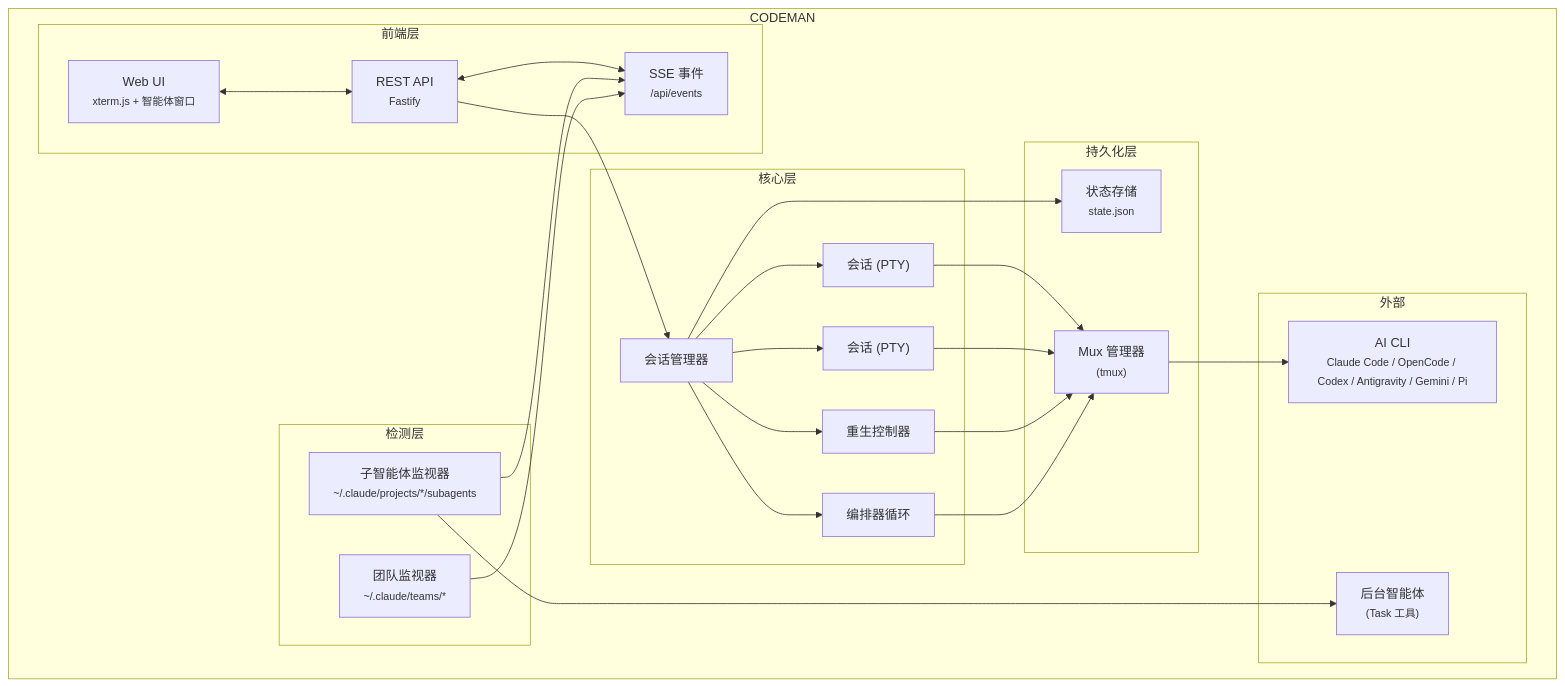
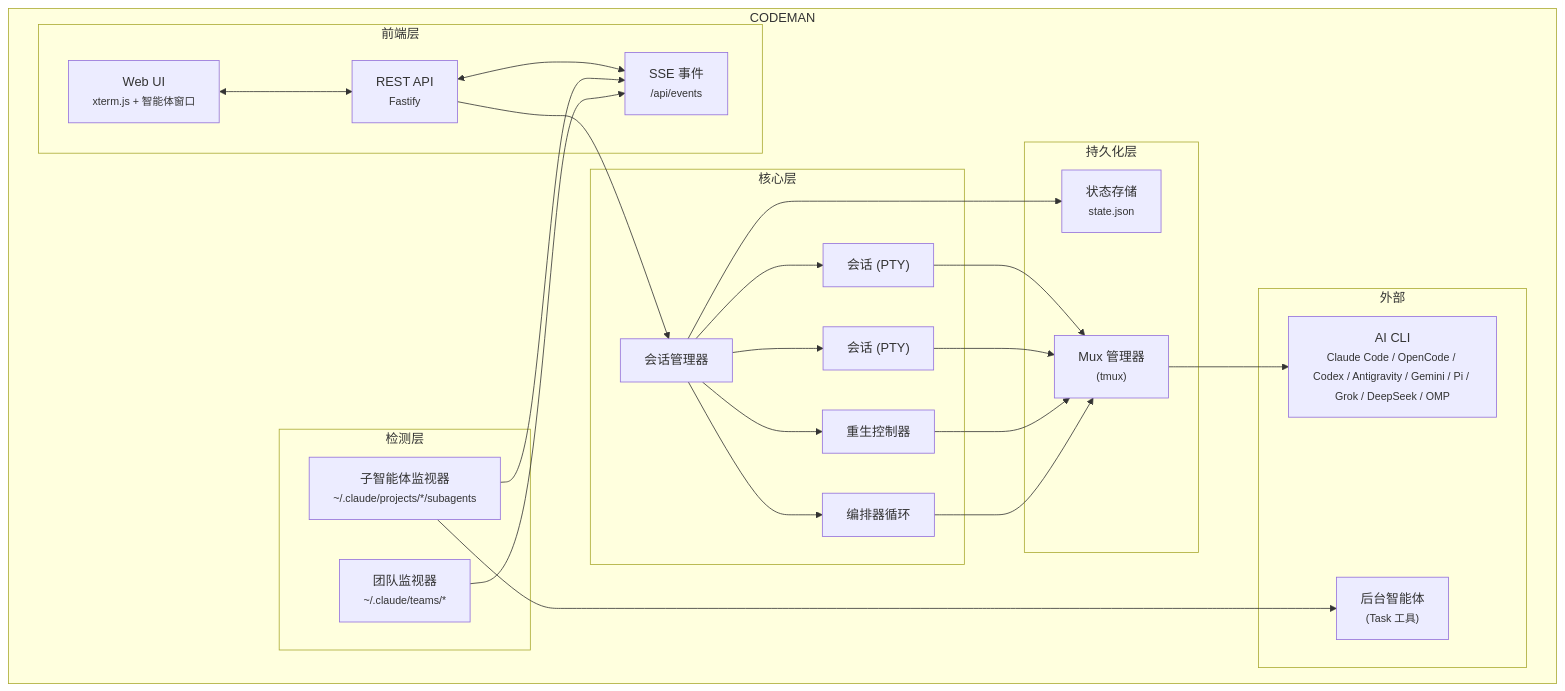
One commit to AITechTim/Codeman changed the diagram in README.zh-CN.md. Above: the diagram before and after it, drawn with Mermaid. The commit also changed other lines of this file and 1 other file, not shown here.

````diff
--- a/README.zh-CN.md
+++ b/README.zh-CN.md
@@ -868,50 +1013,50 @@
 ```mermaid
 flowchart TB
     subgraph Codeman["CODEMAN"]
         subgraph Frontend["前端层"]
             UI["Web UI<br/><small>xterm.js + 智能体窗口</small>"]
             API["REST API<br/><small>Fastify</small>"]
             SSE["SSE 事件<br/><small>/api/events</small>"]
         end
 
         subgraph Core["核心层"]
             SM["会话管理器"]
             S1["会话 (PTY)"]
             S2["会话 (PTY)"]
             RC["重生控制器"]
             ORC["编排器循环"]
         end
 
         subgraph Detection["检测层"]
             SW["子智能体监视器<br/><small>~/.claude/projects/*/subagents</small>"]
             TW["团队监视器<br/><small>~/.claude/teams/*</small>"]
         end
 
         subgraph Persistence["持久化层"]
             SCR["Mux 管理器<br/><small>(tmux)</small>"]
             SS["状态存储<br/><small>state.json</small>"]
         end
 
         subgraph External["外部"]
-            CLI["AI CLI<br/><small>Claude Code / OpenCode / Codex / Antigravity / Gemini / Pi</small>"]
+            CLI["AI CLI<br/><small>Claude Code / OpenCode / Codex / Antigravity / Gemini / Pi / Grok / DeepSeek / OMP</small>"]
             BG["后台智能体<br/><small>(Task 工具)</small>"]
         end
     end
 
     UI <--> API
     API <--> SSE
     API --> SM
     SM --> S1
     SM --> S2
     SM --> RC
     SM --> ORC
     SM --> SS
     S1 --> SCR
     S2 --> SCR
     RC --> SCR
     ORC --> SCR
     SCR --> CLI
     SW --> BG
     SW --> SSE
     TW --> SSE
 ```
````
